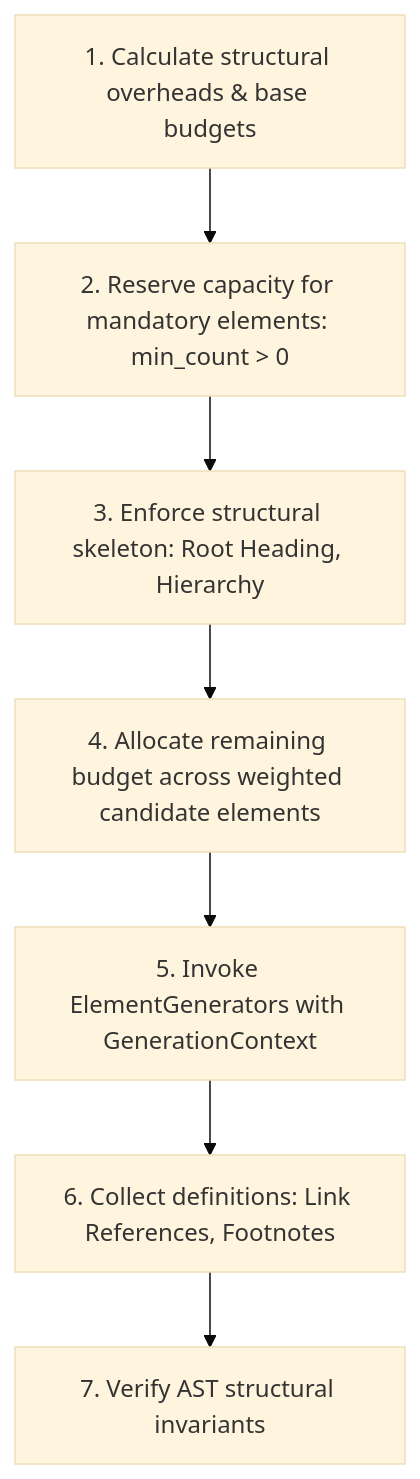
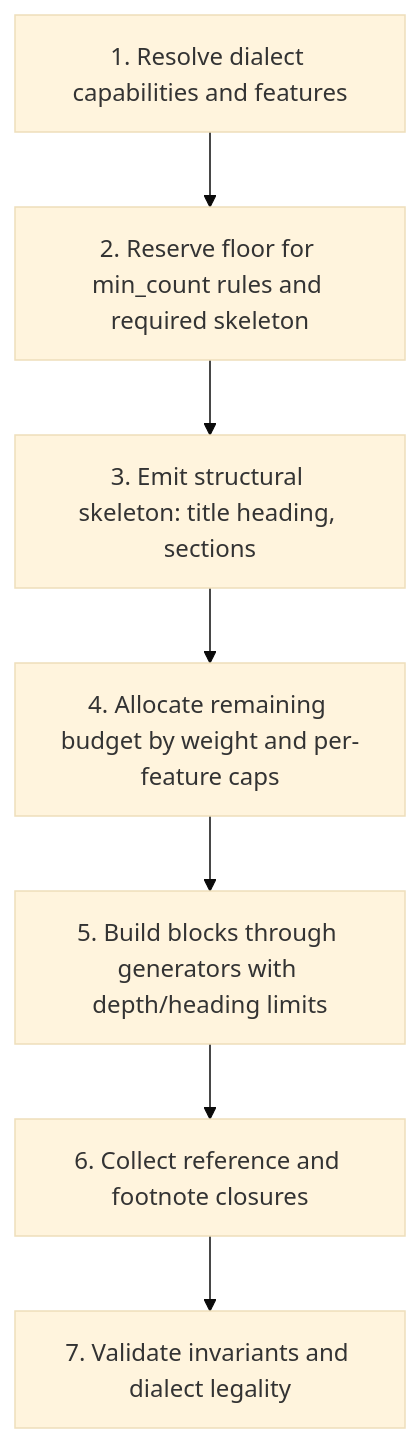
Before and after one commit to shakilapr/dummy-md: the fourth of 4 diagrams in ARCHITECTURE.md, drawn with Mermaid (base theme). The commit also changed other lines of this file and 1 other file, not shown here.

Commit message:
docs(architecture): formalize dialect-scoped feature model and generation tiers

````diff
--- a/ARCHITECTURE.md
+++ b/ARCHITECTURE.md
@@ -399,10 +544,10 @@
 ```mermaid
 flowchart TD
-    S1[1. Calculate structural overheads & base budgets] --> S2
-    S2[2. Reserve capacity for mandatory elements: min_count > 0] --> S3
-    S3[3. Enforce structural skeleton: Root Heading, Hierarchy] --> S4
-    S4[4. Allocate remaining budget across weighted candidate elements] --> S5
-    S5[5. Invoke ElementGenerators with GenerationContext] --> S6
-    S6[6. Collect definitions: Link References, Footnotes] --> S7
-    S7[7. Verify AST structural invariants]
+    S1[1. Resolve dialect capabilities and features] --> S2
+    S2[2. Reserve floor for min_count rules and required skeleton] --> S3
+    S3[3. Emit structural skeleton: title heading, sections] --> S4
+    S4[4. Allocate remaining budget by weight and per-feature caps] --> S5
+    S5[5. Build blocks through generators with depth/heading limits] --> S6
+    S6[6. Collect reference and footnote closures] --> S7
+    S7[7. Validate invariants and dialect legality]
 ```
````
